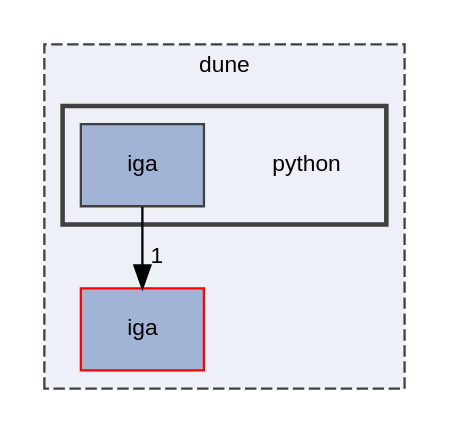
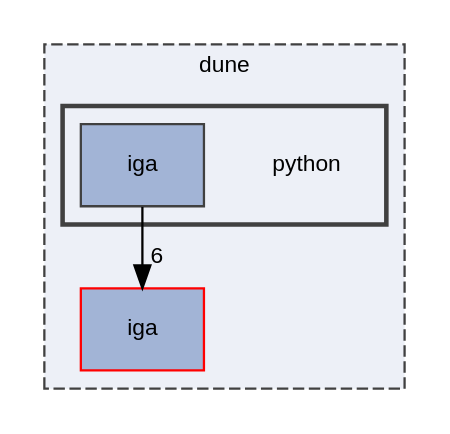
Before and after one commit to rath3t/dune-iga-doc: the diagram in dir_e42d0074801678c644b0e137d50ef233_dep.dot, drawn with Graphviz. The commit also changed 1789 other files, not shown here.

```diff
--- a/dir_e42d0074801678c644b0e137d50ef233_dep.dot
+++ b/dir_e42d0074801678c644b0e137d50ef233_dep.dot
@@ -1,17 +1,17 @@
 digraph "python"
 {
  // LATEX_PDF_SIZE
   edge [fontname="Helvetica",fontsize="10",labelfontname="Helvetica",labelfontsize="10"];
   node [fontname="Helvetica",fontsize="10",shape=record];
   compound=true
   subgraph clusterdir_5e69be5995c9f5d42bf491ae6f29600e {
     graph [ bgcolor="#edf0f7", pencolor="grey25", style="filled,dashed,", label="dune", fontname="Helvetica", fontsize="10", URL="dir_5e69be5995c9f5d42bf491ae6f29600e.html"]
   dir_d2a3c23294a1b1015b1b8e8721ddded8 [shape=box, label="iga", style="filled,", fillcolor="#a2b4d6", color="red", URL="dir_d2a3c23294a1b1015b1b8e8721ddded8.html"];
   subgraph clusterdir_e42d0074801678c644b0e137d50ef233 {
     graph [ bgcolor="#edf0f7", pencolor="grey25", style="filled,bold,", label="", fontname="Helvetica", fontsize="10", URL="dir_e42d0074801678c644b0e137d50ef233.html"]
     dir_e42d0074801678c644b0e137d50ef233 [shape=plaintext, label="python"];
   dir_4df0bd6c9c69aa67512ad22eda882a96 [shape=box, label="iga", style="filled,", fillcolor="#a2b4d6", color="grey25", URL="dir_4df0bd6c9c69aa67512ad22eda882a96.html"];
   }
   }
-  dir_4df0bd6c9c69aa67512ad22eda882a96->dir_d2a3c23294a1b1015b1b8e8721ddded8 [headlabel="1", labeldistance=1.5 headhref="dir_000011_000010.html"];
+  dir_4df0bd6c9c69aa67512ad22eda882a96->dir_d2a3c23294a1b1015b1b8e8721ddded8 [headlabel="6", labeldistance=1.5 headhref="dir_000006_000005.html"];
 }
```
